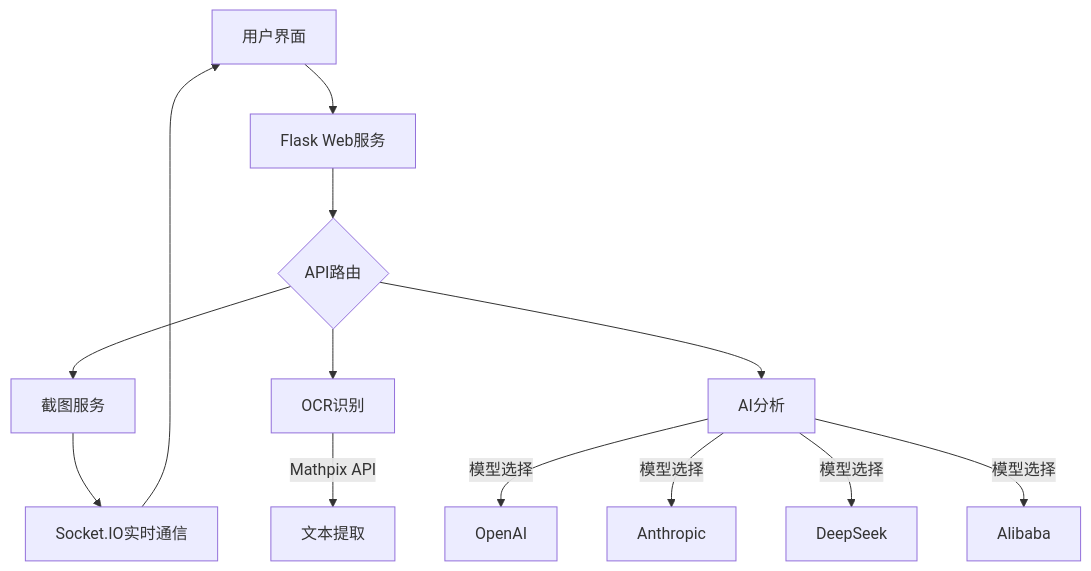
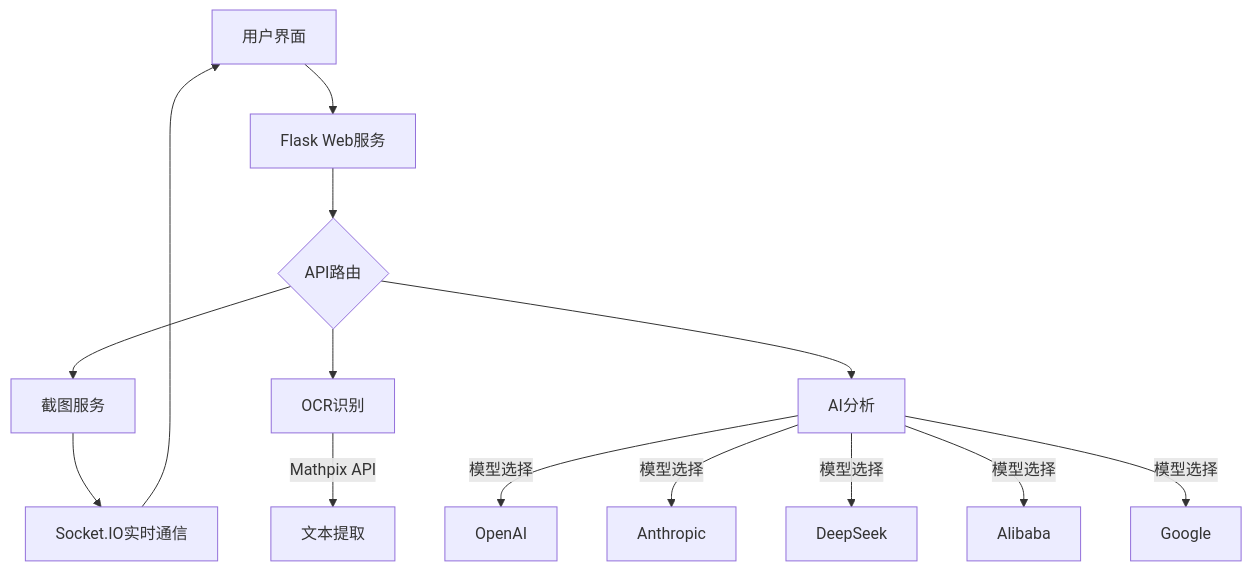
One commit to Zippland/Snap-Solver changed the diagram in README.md. Above: the diagram before and after it, drawn with Mermaid. The commit also changed other lines of this file, not shown here.

````diff
--- a/README.md
+++ b/README.md
@@ -154,15 +155,16 @@
 ```mermaid
 graph TD
     A[用户界面] --> B[Flask Web服务]
     B --> C{API路由}
     C --> D[截图服务]
     C --> E[OCR识别]
     C --> F[AI分析]
     E --> |Mathpix API| G[文本提取]
     F --> |模型选择| H1[OpenAI]
     F --> |模型选择| H2[Anthropic]
     F --> |模型选择| H3[DeepSeek]
     F --> |模型选择| H4[Alibaba]
+    F --> |模型选择| H5[Google]
     D --> I[Socket.IO实时通信]
     I --> A
 ```
````
